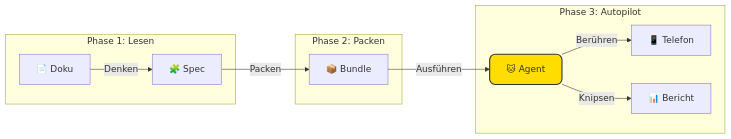
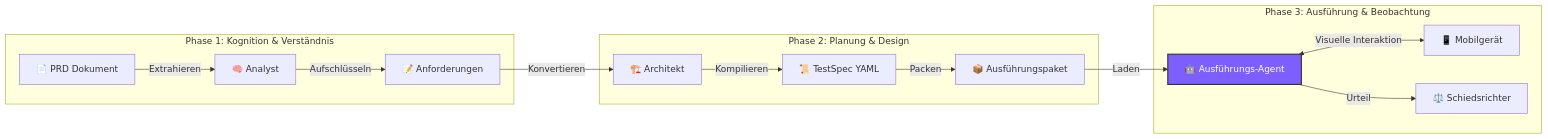
Before and after one commit to Yell0wMe/TesterAgent: the diagram in README.de.md, drawn with Mermaid. The commit also changed other lines of this file and 13 other files, not shown here.

````diff
--- a/README.de.md
+++ b/README.de.md
@@ -67,18 +63,21 @@
 ```mermaid
 graph LR
-    subgraph "Phase 1: Lesen"
-    Doc[📄 Doku] -->|Denken| Build[🧩 Spec]
+    subgraph "Phase 1: Kognition & Verständnis"
+    Doc[📄 PRD Dokument] -->|Extrahieren| Miner[🧠 Analyst]
+    Miner -->|Aufschlüsseln| Reqs[📝 Anforderungen]
     end
 
-    subgraph "Phase 2: Packen"
-    Build -->|Packen| Bundle[📦 Bundle]
+    subgraph "Phase 2: Planung & Design"
+    Reqs -->|Konvertieren| Synthesizer[🏗️ Architekt]
+    Synthesizer -->|Kompilieren| Spec[📜 TestSpec YAML]
+    Spec -->|Packen| Bundle[📦 Ausführungspaket]
     end
 
-    subgraph "Phase 3: Autopilot"
-    Bundle -->|Ausführen| Cat[🐱 Agent]
-    Cat -->|Berühren| Phone[📱 Telefon]
-    Cat -->|Knipsen| Report[📊 Bericht]
+    subgraph "Phase 3: Ausführung & Beobachtung"
+    Bundle -->|Laden| Runner[🤖 Ausführungs-Agent]
+    Runner <-->|Visuelle Interaktion| Phone[📱 Mobilgerät]
+    Runner -->|Urteil| Judge[⚖️ Schiedsrichter]
     end
 
-    style Cat fill:#ffdd00,stroke:#333,stroke-width:2px,rx:10,ry:10
+    style Runner fill:#7d5fff,stroke:#333,stroke-width:2px,color:white
 ```
````
